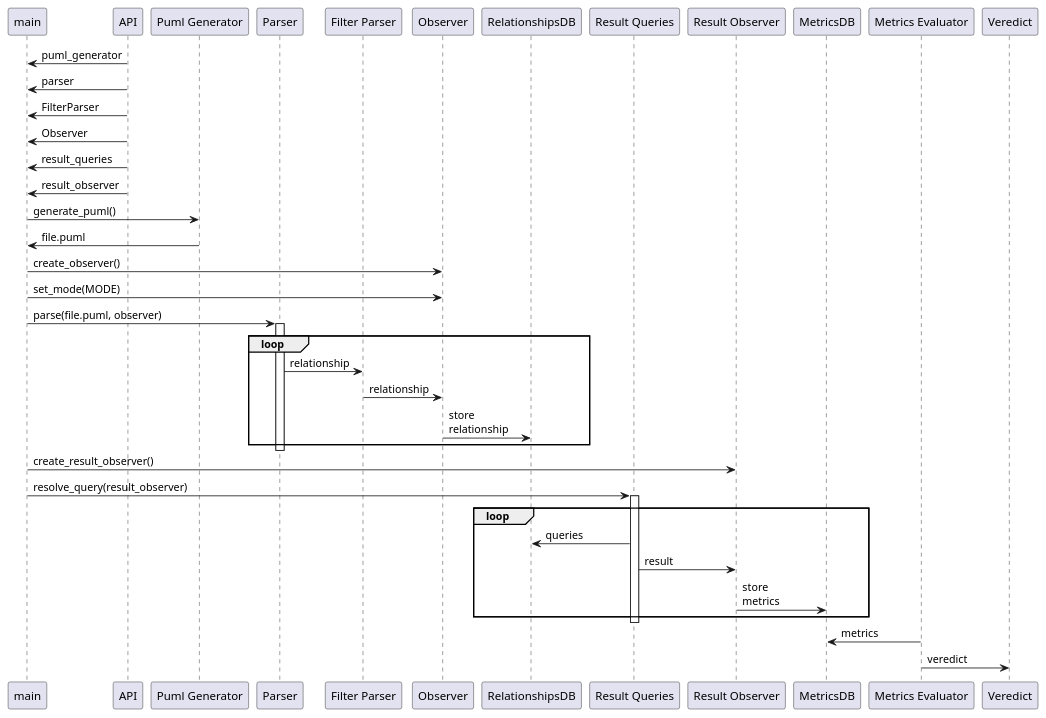
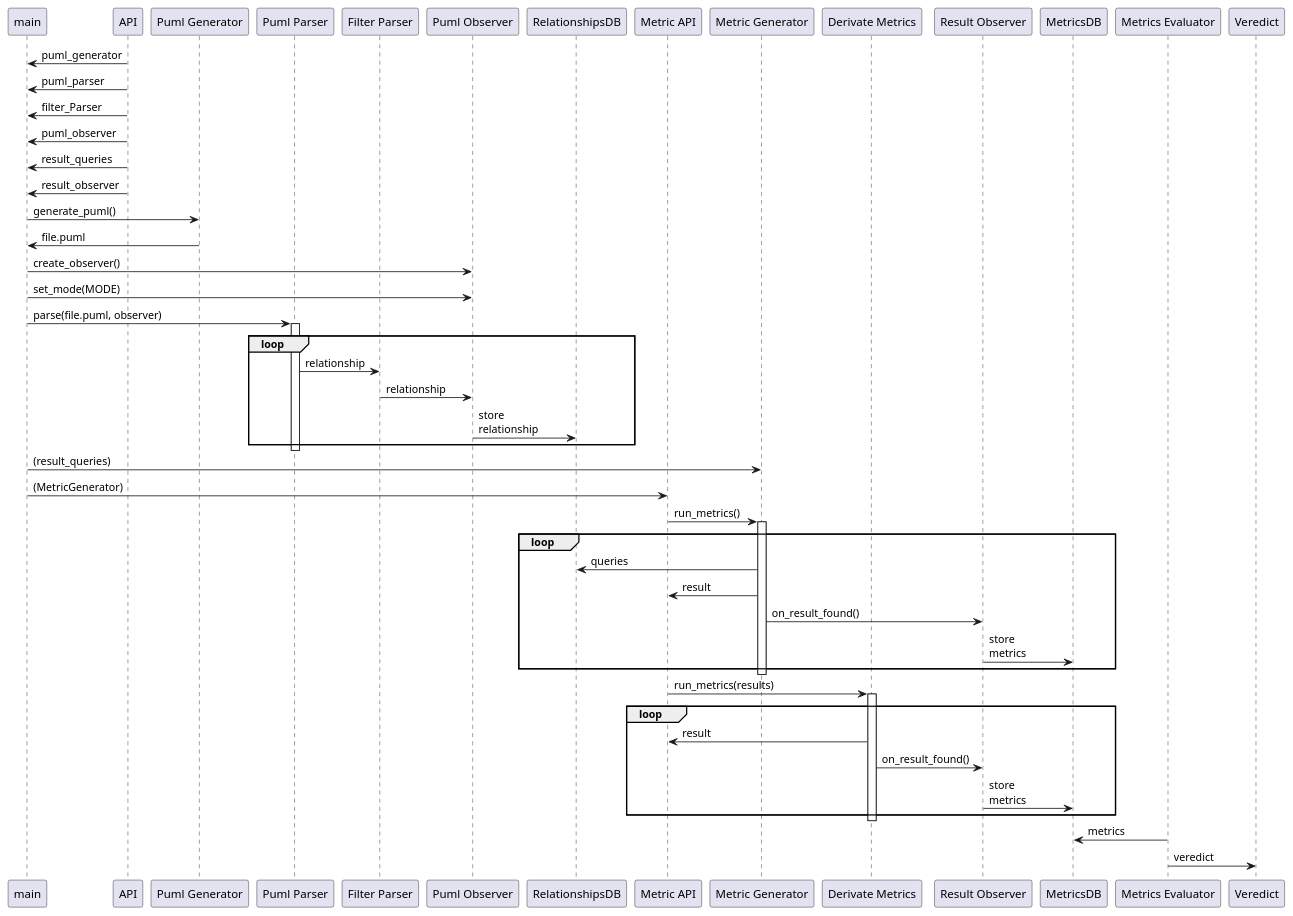
The diagram in Desing/SequenceDiagranRelationship.plantuml (GonzaloGarciaZurlo/CodeDesignDeltaEvaluator), drawn with PlantUML before and after one commit.

Commit message:
Sequence diagram actualizado

```diff
--- a/Desing/SequenceDiagranRelationship.plantuml
+++ b/Desing/SequenceDiagranRelationship.plantuml
@@ -1,61 +1,75 @@
 @startuml
 participant main
 participant "API" as API
 participant "Puml Generator" as PumlGenerator
-participant "Parser" as Parser
+participant "Puml Parser" as PumlParser
 participant "Filter Parser" as FilterParser
-participant "Observer" as Observer
+participant "Puml Observer" as PumlObserver
 participant "RelationshipsDB" as relationshipsDB
-participant "Result Queries" as ResultQueries
+participant "Metric API" as MetricAPI
+participant "Metric Generator" as MetricGenerator
+participant "Derivate Metrics" as DerivateMetrics
 participant "Result Observer" as ResultObserver
 participant "MetricsDB" as metricsDB
 participant "Metrics Evaluator" as MetricsEvaluator
 participant "Veredict" as Veredict
 
 API -> main: puml_generator
 
-API -> main: parser
+API -> main: puml_parser
 
-API -> main: FilterParser
+API -> main: filter_Parser
 
-API -> main: Observer
+API -> main: puml_observer
 
 API -> main: result_queries
 
 API -> main: result_observer
 
 main -> PumlGenerator: generate_puml()
 
 PumlGenerator -> main: file.puml
 
-main -> Observer: create_observer()
+main -> PumlObserver: create_observer()
 
-main -> Observer: set_mode(MODE)
+main -> PumlObserver: set_mode(MODE)
 
-main -> Parser: parse(file.puml, observer)
+main -> PumlParser: parse(file.puml, observer)
 
-activate Parser
+activate PumlParser
 
 loop
-    Parser -> FilterParser: relationship
-    FilterParser -> Observer: relationship
-    Observer -> relationshipsDB: store\nrelationship
+    PumlParser -> FilterParser: relationship
+    FilterParser -> PumlObserver: relationship
+    PumlObserver -> relationshipsDB: store\nrelationship
 end
-deactivate Parser
+deactivate PumlParser
 
-main -> ResultObserver: create_result_observer()
-main -> ResultQueries: resolve_query(result_observer)
+main -> MetricGenerator:(result_queries) 
+main -> MetricAPI: (MetricGenerator)
+MetricAPI -> MetricGenerator: run_metrics()
 
-activate ResultQueries
+activate MetricGenerator
 
 loop
-    ResultQueries -> relationshipsDB: queries
-    ResultQueries -> ResultObserver: result
+    MetricGenerator -> relationshipsDB: queries
+    MetricGenerator -> MetricAPI: result
+    MetricGenerator -> ResultObserver: on_result_found()
     ResultObserver -> metricsDB: store\nmetrics
 end
-deactivate ResultQueries
+deactivate MetricGenerator
+
+MetricAPI -> DerivateMetrics: run_metrics(results)
+activate DerivateMetrics
+loop
+    DerivateMetrics -> MetricAPI: result
+    DerivateMetrics -> ResultObserver: on_result_found()
+    ResultObserver -> metricsDB: store\nmetrics
+end
+deactivate DerivateMetrics
+
 
 MetricsEvaluator -> metricsDB: metrics
 MetricsEvaluator -> Veredict: veredict
 
 @enduml
```
